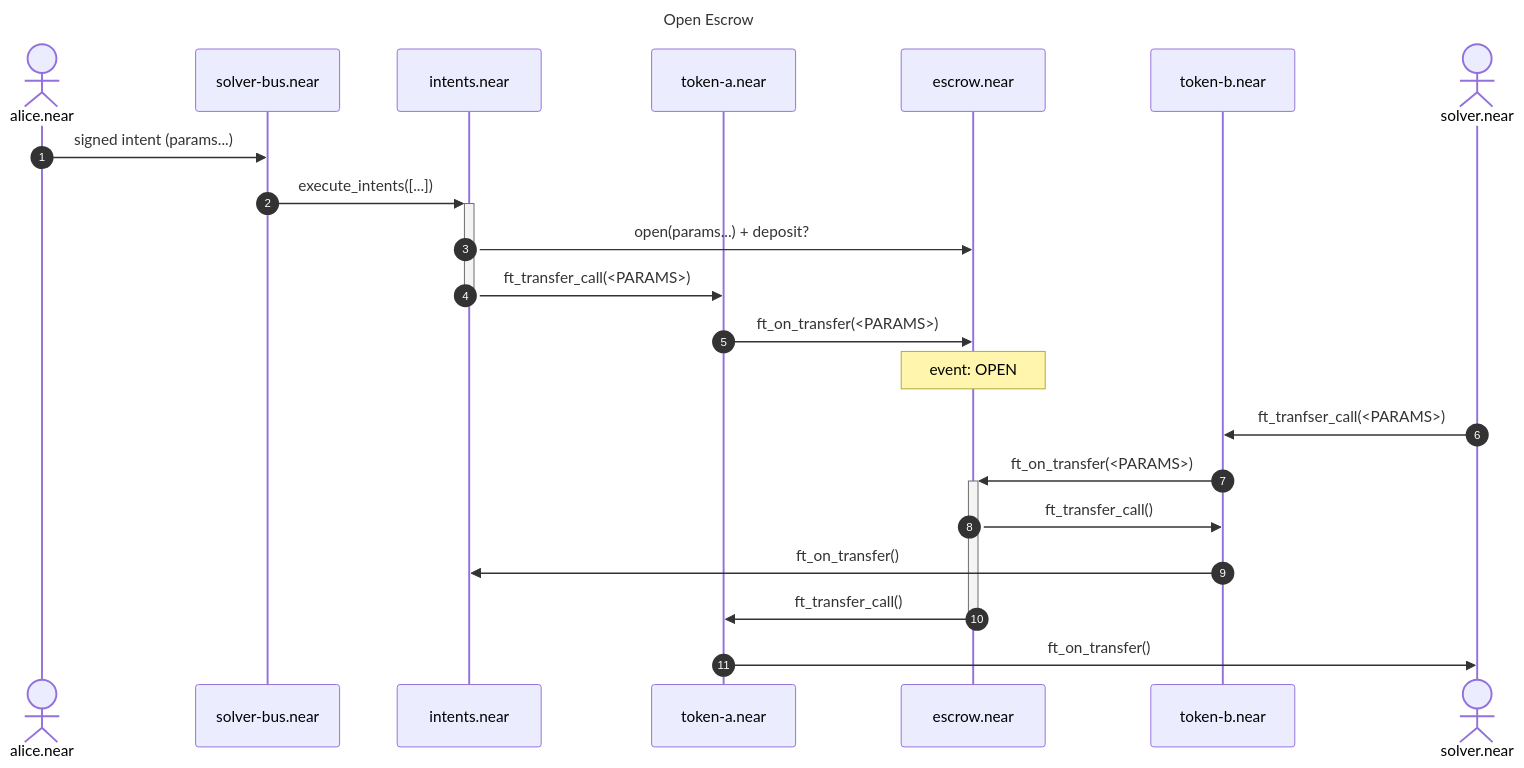
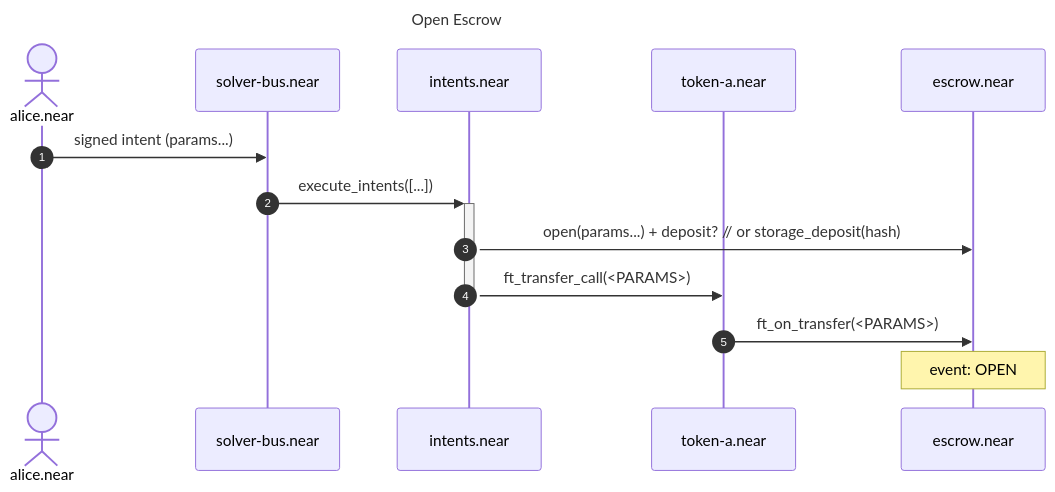
The second of 4 diagrams in escrow/README.md (near/intents), drawn with Mermaid before and after one commit. The commit also changed other lines of this file, not shown here.

````diff
--- a/escrow/README.md
+++ b/escrow/README.md
@@ -31,31 +78,22 @@
 ```mermaid
 ---
 title: Open Escrow
 ---
 sequenceDiagram
     autonumber
     Actor user as alice.near
     Participant solverBus as solver-bus.near
     Participant intents as intents.near
     Participant tokenA as token-a.near
     Participant escrow as escrow.near
-    Participant tokenB as token-b.near
-    Actor solver as solver.near
+    
 
     user ->> solverBus: signed intent (params...)
     solverBus ->>+ intents: execute_intents([...])
 
-    intents ->> escrow: open(params...) + deposit?
+    intents ->> escrow: open(params...) + deposit? // or storage_deposit(hash)
 
     intents ->>- tokenA: ft_transfer_call(<PARAMS>)
     tokenA ->> escrow: ft_on_transfer(<PARAMS>)
     Note over escrow: event: OPEN
-
-    solver ->> tokenB: ft_tranfser_call(<PARAMS>)
-    tokenB ->>+ escrow: ft_on_transfer(<PARAMS>)
-    
-    escrow ->> tokenB: ft_transfer_call()
-    tokenB ->> intents: ft_on_transfer()
-    escrow ->>- tokenA: ft_transfer_call()
-    tokenA ->> solver: ft_on_transfer()
 ```
````
